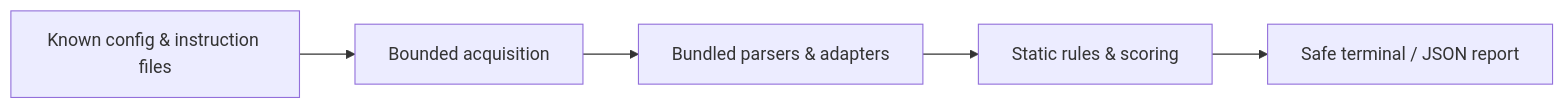
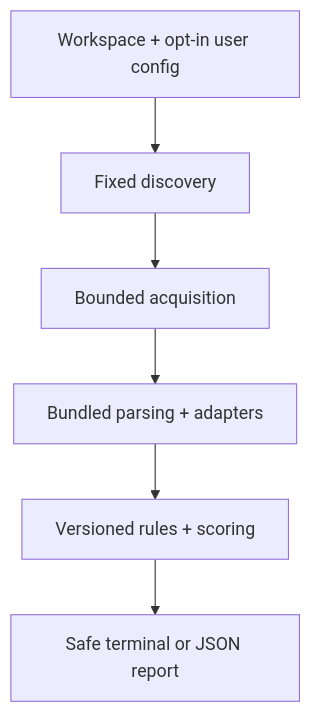
One commit to Adulph3/AgentFence changed the diagram in README.md. Above: the diagram before and after it, drawn with Mermaid. The commit also changed other lines of this file and 9 other files, not shown here.

````diff
--- a/README.md
+++ b/README.md
@@ -92,7 +98,8 @@
 ```mermaid
-flowchart LR
-    A["Known config & instruction files"] --> B["Bounded acquisition"]
-    B --> C["Bundled parsers & adapters"]
-    C --> D["Static rules & scoring"]
-    D --> E["Safe terminal / JSON report"]
+flowchart TD
+    A["Workspace + opt-in user config"] --> B["Fixed discovery"]
+    B --> C["Bounded acquisition"]
+    C --> D["Bundled parsing + adapters"]
+    D --> E["Versioned rules + scoring"]
+    E --> F["Safe terminal or JSON report"]
 ```
````
